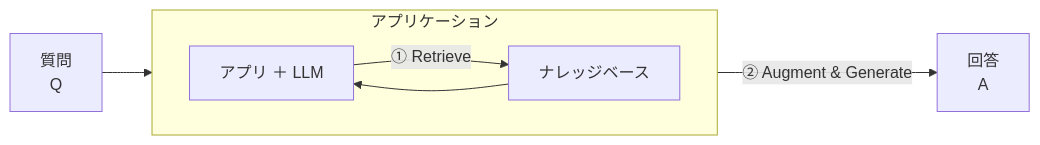
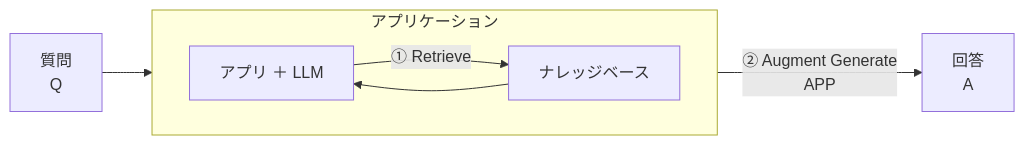
One commit to SatakeYusuke19920527/zenn changed the diagram in articles/rag_textbook.md. Above: the diagram before and after it, drawn with Mermaid.

````diff
--- a/articles/rag_textbook.md
+++ b/articles/rag_textbook.md
@@ -48,18 +48,19 @@
 ```mermaid
 flowchart LR
     %% ノード定義
     Q[質問<br/> Q]
     A[回答<br/> A]
 
     subgraph アプリケーション
         direction LR
         APP[アプリ ＋ LLM]
         KB[ナレッジベース]
     end
 
     %% フロー
     Q --> APP
     APP -- "① Retrieve" --> KB
     KB --> APP
-    APP -- "② Augment &amp; Generate" --> A
+    APP -- "② Augment Generate"
+    APP --> A
 ```
````
